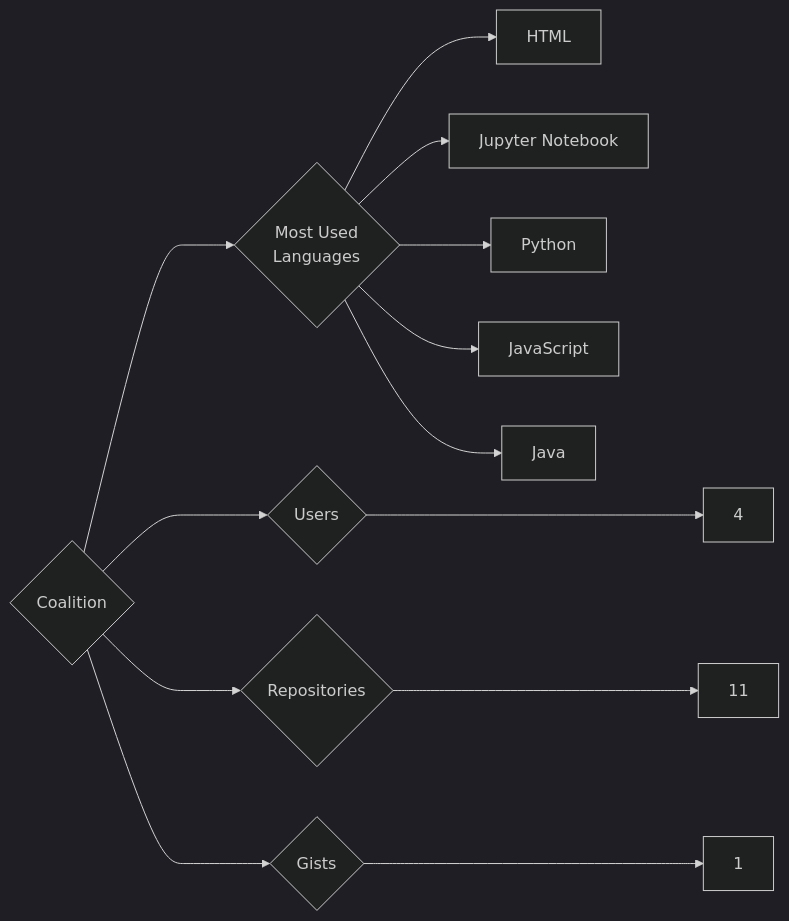
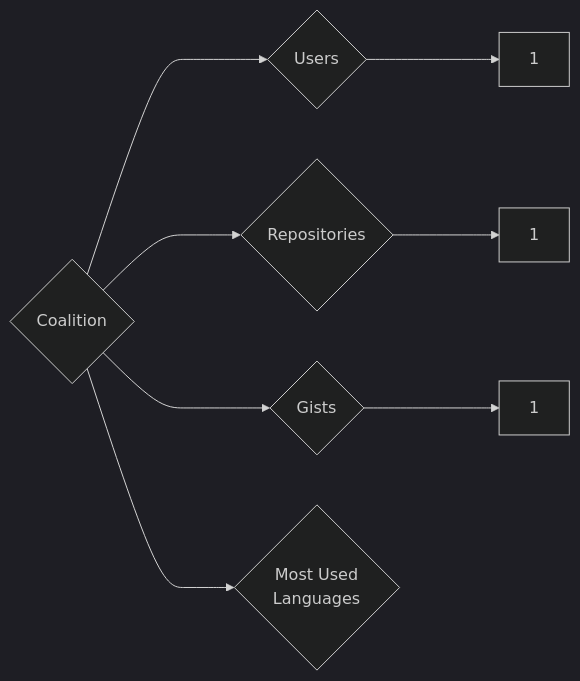
The diagram in targets/Coalition/README.md (trickest/insiders), drawn with Mermaid (dark theme) before and after one commit. The commit also changed 872 other files, not shown here.

````diff
--- a/targets/Coalition/README.md
+++ b/targets/Coalition/README.md
@@ -3,13 +3,8 @@
 ```mermaid
 graph LR
 COMPANY_NAME{Coalition}
-COMPANY_NAME ---> U{Users} ---> UN[4]
-COMPANY_NAME ---> R{Repositories} ---> RN[11]
+COMPANY_NAME ---> U{Users} ---> UN[1]
+COMPANY_NAME ---> R{Repositories} ---> RN[1]
 COMPANY_NAME ---> G{Gists} ---> GN[1]
 COMPANY_NAME ---> ML{Most Used<br>Languages}
-ML --> HTML[HTML]
-ML --> Jupyter_Notebook[Jupyter Notebook]
-ML --> Python[Python]
-ML --> JavaScript[JavaScript]
-ML --> Java[Java]
 ```
````
